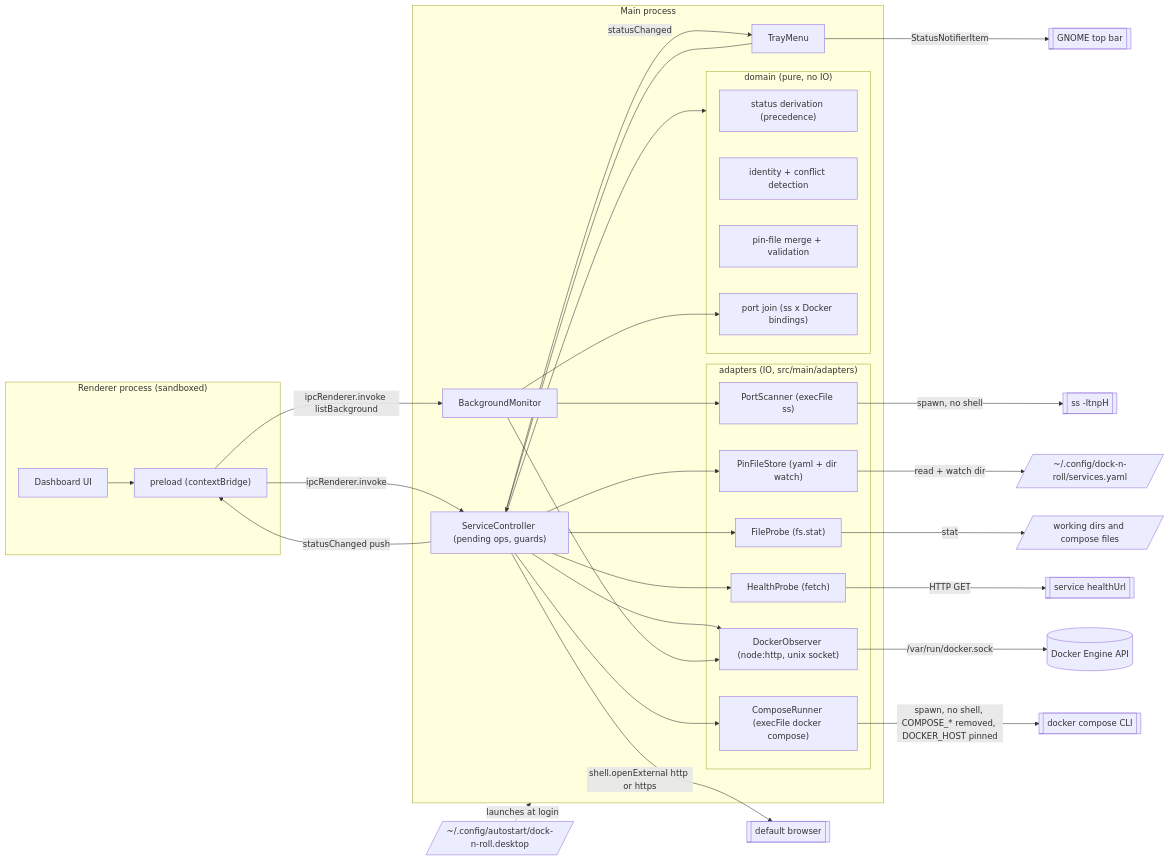
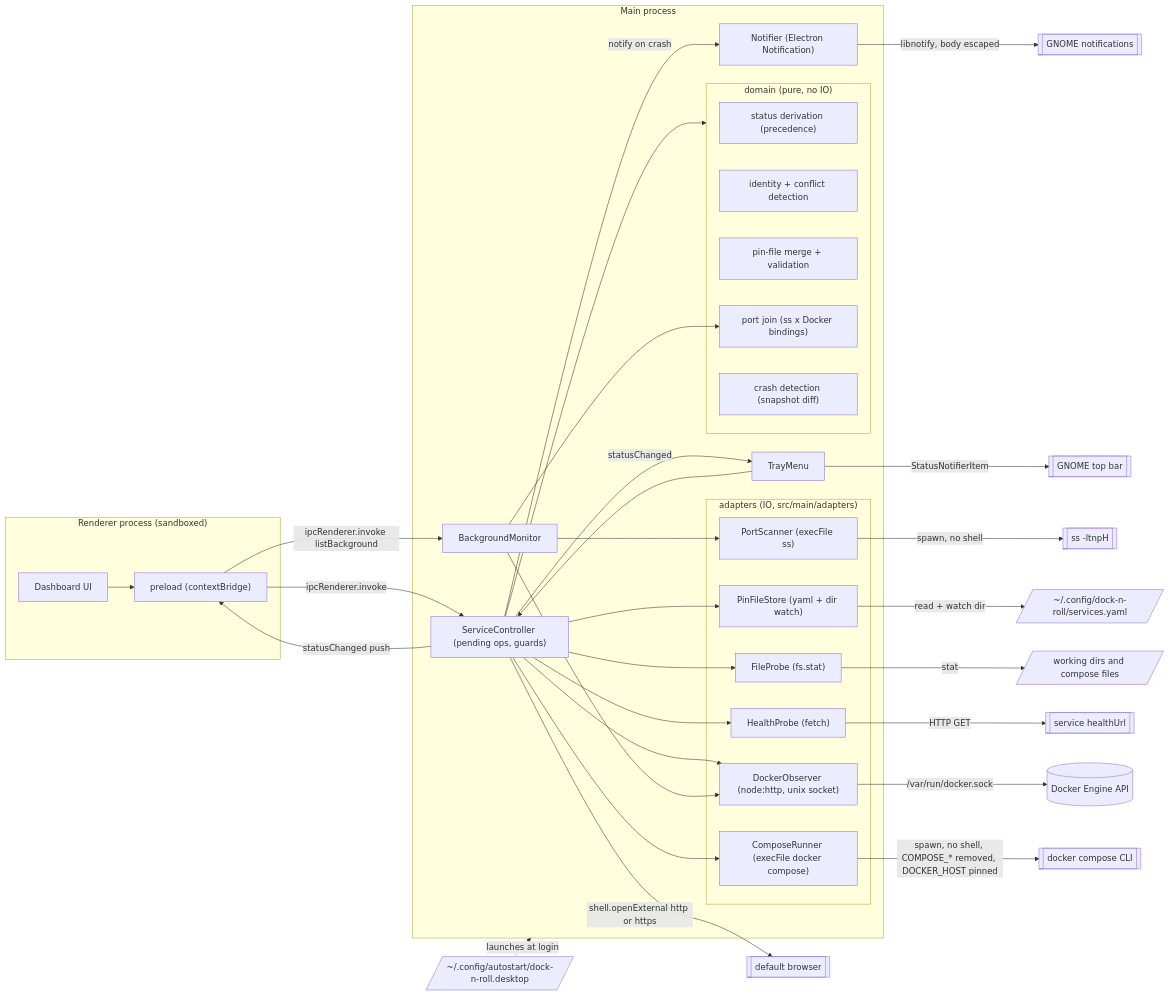
The diagram in docs/architecture/diagrams/launcher/03-component.md (benoit-bremaud/dock-n-roll), drawn with Mermaid before and after one commit. The commit also changed 23 other files, not shown here.

````diff
--- a/docs/architecture/diagrams/launcher/03-component.md
+++ b/docs/architecture/diagrams/launcher/03-component.md
@@ -14,50 +14,54 @@
 ```mermaid
 flowchart LR
   subgraph Renderer ["Renderer process (sandboxed)"]
     Dashboard["Dashboard UI"]
     Preload["preload (contextBridge)"]
     Dashboard --> Preload
   end
   subgraph Main ["Main process"]
     Tray["TrayMenu"]
     SC["ServiceController (pending ops, guards)"]
     BM["BackgroundMonitor"]
+    NT["Notifier (Electron Notification)"]
     subgraph Domain ["domain (pure, no IO)"]
       Derive["status derivation (precedence)"]
       Ident["identity + conflict detection"]
       Merge["pin-file merge + validation"]
       Join["port join (ss x Docker bindings)"]
+      Crash["crash detection (snapshot diff)"]
     end
     subgraph Adapters ["adapters (IO, src/main/adapters)"]
       DO["DockerObserver (node:http, unix socket)"]
       CR["ComposeRunner (execFile docker compose)"]
       HP["HealthProbe (fetch)"]
       FP["FileProbe (fs.stat)"]
       PS["PortScanner (execFile ss)"]
       PF["PinFileStore (yaml + dir watch)"]
     end
   end
   Preload -->|"ipcRenderer.invoke"| SC
   Preload -->|"ipcRenderer.invoke listBackground"| BM
   SC -->|"statusChanged push"| Preload
   SC -->|"statusChanged"| Tray
   Tray --> SC
   SC --> Domain
   BM --> Join
   SC --> DO
   SC --> CR
   SC --> HP
   SC --> FP
   SC --> PF
   BM --> PS
   BM --> DO
   DO -->|"/var/run/docker.sock"| Docker[("Docker Engine API")]
   CR -->|"spawn, no shell, COMPOSE_* removed, DOCKER_HOST pinned"| CLI[["docker compose CLI"]]
   PS -->|"spawn, no shell"| SS[["ss -ltnpH"]]
   HP -->|"HTTP GET"| Local[["service healthUrl"]]
   FP -->|"stat"| Disk[/"working dirs and compose files"/]
   PF -->|"read + watch dir"| YAML[/"~/.config/dock-n-roll/services.yaml"/]
   SC -->|"shell.openExternal http or https"| Browser[["default browser"]]
+  SC -->|"notify on crash"| NT
+  NT -->|"libnotify, body escaped"| Desk[["GNOME notifications"]]
   Tray -->|"StatusNotifierItem"| GNOME[["GNOME top bar"]]
   Autostart[/"~/.config/autostart/dock-n-roll.desktop"/] -.->|"launches at login"| Main
 ```
````
